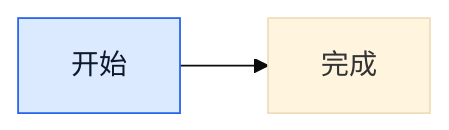
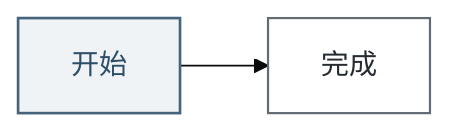
The sixth of 6 diagrams in references/mermaid.md (theChildinus/draw-diagram), drawn with Mermaid (base theme) before and after one commit. The commit also changed other lines of this file and 5 other files, not shown here.

Commit message:
style: adopt neutral engineering diagram visuals

```diff
--- a/references/mermaid.md
+++ b/references/mermaid.md
@@ -141,5 +141,6 @@
 ~~~mermaid
 flowchart LR
   A["开始"]:::primary --> B["完成"]
-  classDef primary fill:#DBEAFE,stroke:#2563EB,color:#0F172A
+  classDef default fill:#FFFFFF,stroke:#626B73,stroke-width:1.25px,color:#252B31
+  classDef primary fill:#EFF3F6,stroke:#45637A,stroke-width:1.5px,color:#2D4E67
 ~~~
```
